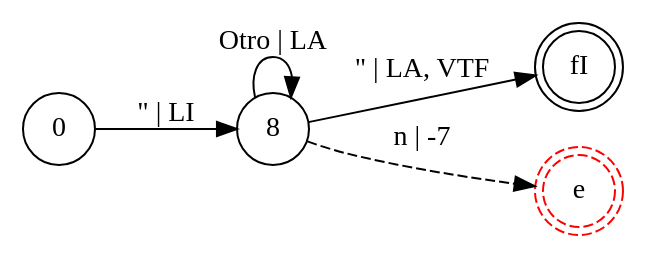
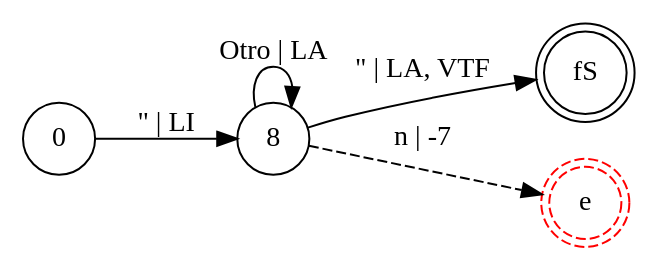
The diagram in resources/diagrams/finite-automatoms/individual-units/strings.dot (iroumec/RouVel-Compiler), drawn with Graphviz before and after one commit. The commit also changed 10 other files, not shown here.

```diff
--- a/resources/diagrams/finite-automatoms/individual-units/strings.dot
+++ b/resources/diagrams/finite-automatoms/individual-units/strings.dot
@@ -1,11 +1,11 @@
 digraph DFA {
     rankdir = LR;
     node [shape = circle;];
-    fI [shape = doublecircle;];
+    fS [shape = doublecircle;];
     eS [shape = doublecircle;style = dashed;color = red;label = "e";];
     
     0 -> 8 [label = "\" | LI";];
     8 -> 8 [label = "Otro | LA";];
-    8 -> fI [label = "\" | LA, VTF";];
+    8 -> fS [label = "\" | LA, VTF";];
     8 -> eS [label = "n | -7"; style = dashed;];
 }
```
